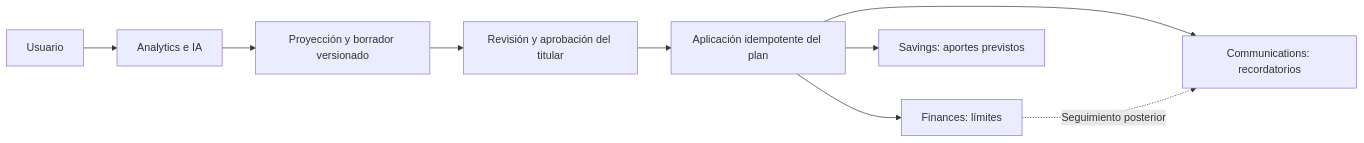
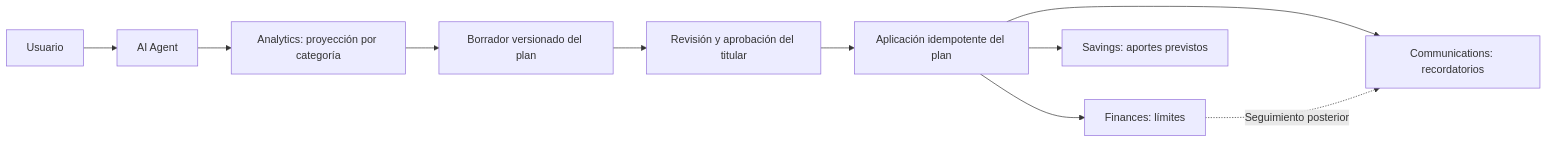
The sixth of 6 diagrams in docs/04-cha04-strategic-level-software-design.md (G3-Arquitectura-de-Software-Emergentes/TF_1ASI0728_202620_TF), drawn with Mermaid before and after one commit. The commit also changed other lines of this file and 1 other file, not shown here.

First line of the commit message:
docs(4): restructure the architecture as microservices with an AI agent

````diff
--- a/docs/04-cha04-strategic-level-software-design.md
+++ b/docs/04-cha04-strategic-level-software-design.md
@@ -1022,11 +1054,12 @@
 ```mermaid
 flowchart LR
- U[Usuario] --> A[Analytics e IA]
- A --> P[Proyección y borrador versionado]
+ U[Usuario] --> A[AI Agent]
+ A --> N[Analytics: proyección por categoría]
+ N --> P[Borrador versionado del plan]
  P --> R[Revisión y aprobación del titular]
  R --> O[Aplicación idempotente del plan]
  O --> F[Finances: límites]
  O --> S[Savings: aportes previstos]
  O --> C[Communications: recordatorios]
  F -. Seguimiento posterior .-> C
 ```
````
